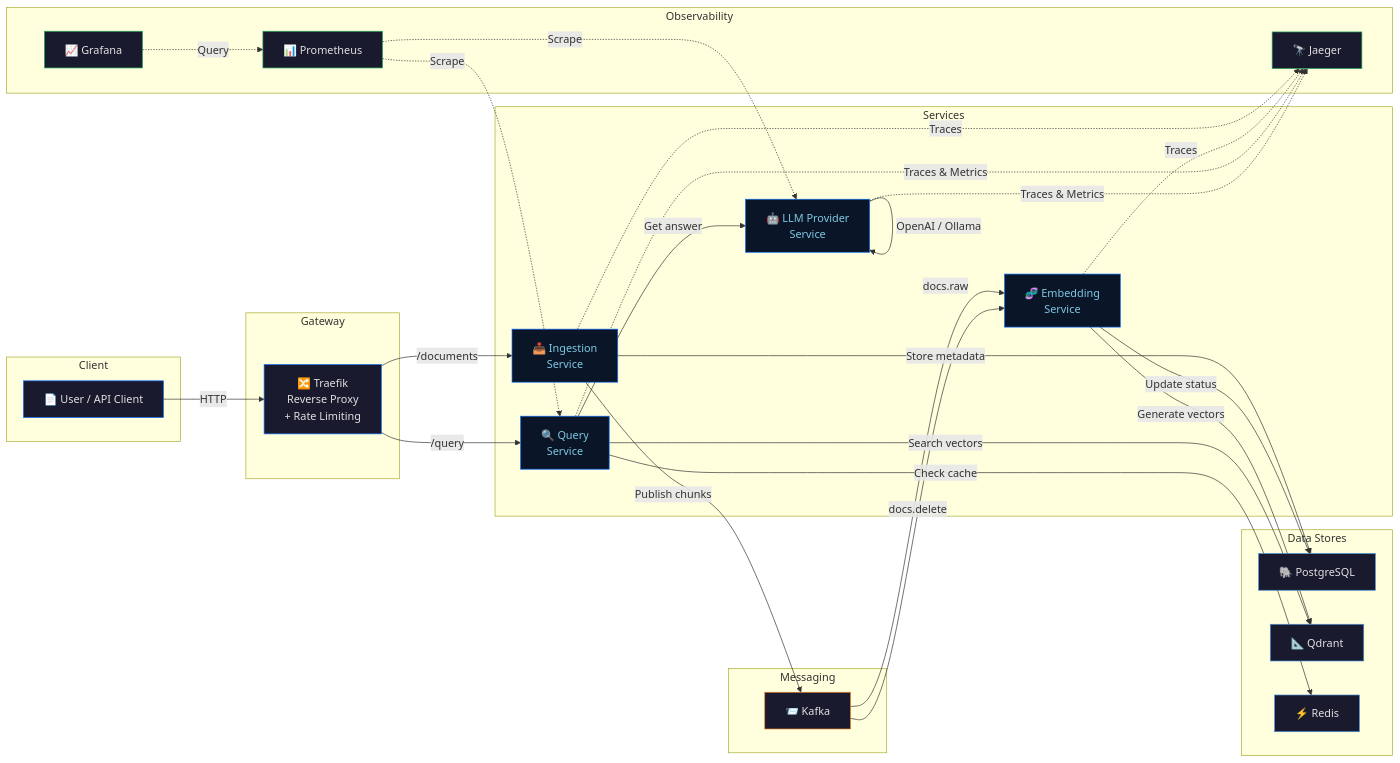
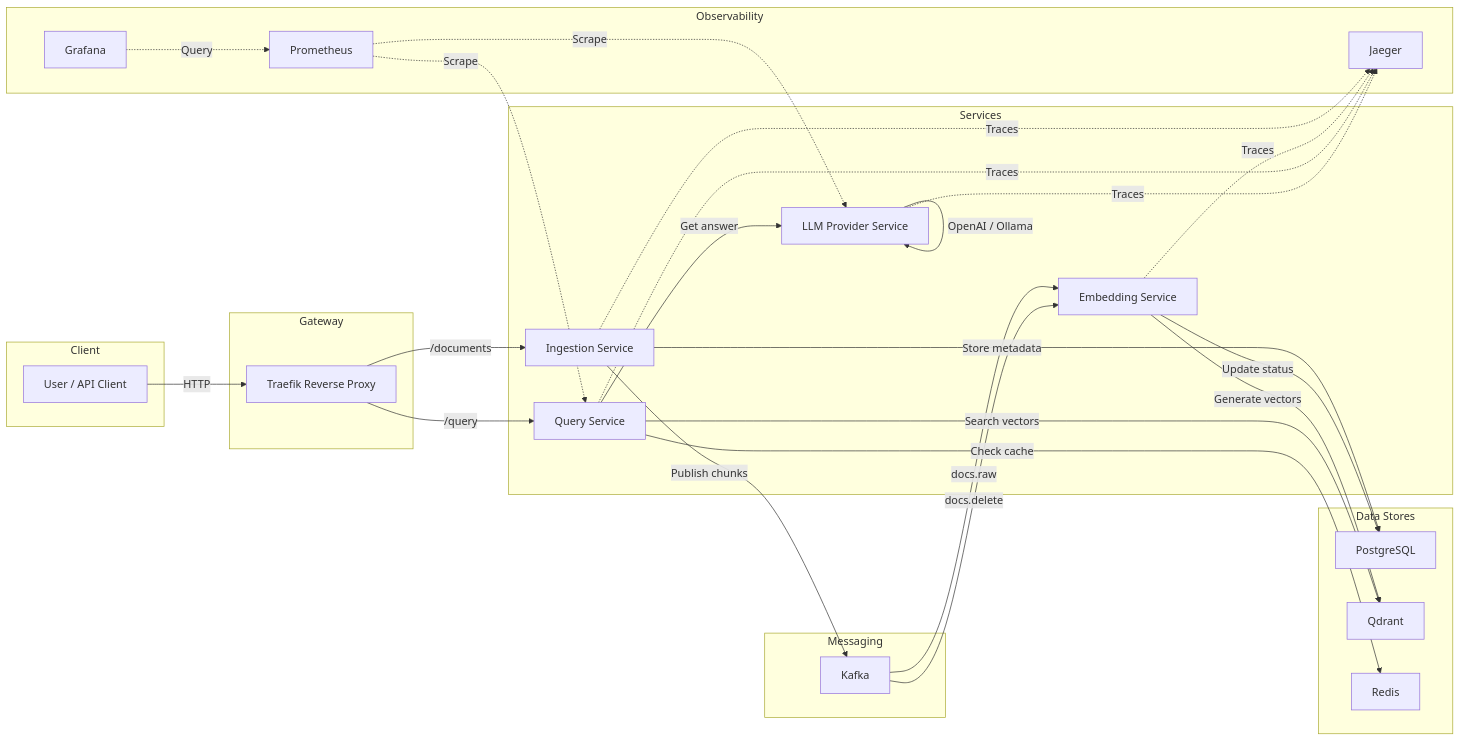
Before and after one commit to SepehrGhr/QuarkRAG: the diagram in README.md, drawn with Mermaid. The commit also changed 1 other file, not shown here.

Commit message:
docs: add MIT license and fix mermaid diagram rendering

````diff
--- a/README.md
+++ b/README.md
@@ -72,75 +72,61 @@
 ```mermaid
 flowchart LR
     subgraph Client
-        A["📄 User / API Client"]
+        A[User / API Client]
     end
 
     subgraph Gateway
-        T["🔀 Traefik\nReverse Proxy\n+ Rate Limiting"]
+        T[Traefik Reverse Proxy]
     end
 
     subgraph Services
-        I["📥 Ingestion\nService"]
-        E["🧬 Embedding\nService"]
-        L["🤖 LLM Provider\nService"]
-        Q["🔍 Query\nService"]
+        I[Ingestion Service]
+        E[Embedding Service]
+        L[LLM Provider Service]
+        Q[Query Service]
     end
 
     subgraph Data Stores
-        PG["🐘 PostgreSQL"]
-        QD["📐 Qdrant"]
-        RD["⚡ Redis"]
+        PG[PostgreSQL]
+        QD[Qdrant]
+        RD[Redis]
     end
 
     subgraph Messaging
-        K["📨 Kafka"]
+        K[Kafka]
     end
 
     subgraph Observability
-        P["📊 Prometheus"]
-        G["📈 Grafana"]
-        J["🔭 Jaeger"]
+        P[Prometheus]
+        G[Grafana]
+        J[Jaeger]
     end
 
     A -->|HTTP| T
     T -->|/documents| I
     T -->|/query| Q
 
     I -->|Store metadata| PG
     I -->|Publish chunks| K
 
     K -->|docs.raw| E
     K -->|docs.delete| E
 
     E -->|Generate vectors| QD
     E -->|Update status| PG
 
     Q -->|Search vectors| QD
     Q -->|Check cache| RD
     Q -->|Get answer| L
 
     L -->|OpenAI / Ollama| L
 
     I -.->|Traces| J
     E -.->|Traces| J
-    Q -.->|Traces & Metrics| J
-    L -.->|Traces & Metrics| J
+    Q -.->|Traces| J
+    L -.->|Traces| J
 
     P -.->|Scrape| Q
     P -.->|Scrape| L
     G -.->|Query| P
-
-    style A fill:#1a1a2e,stroke:#0d6efd,color:#e0e0e0
-    style T fill:#1a1a2e,stroke:#0d6efd,color:#e0e0e0
-    style I fill:#0a1628,stroke:#0d6efd,color:#7ec8e3
-    style E fill:#0a1628,stroke:#0d6efd,color:#7ec8e3
-    style L fill:#0a1628,stroke:#0d6efd,color:#7ec8e3
-    style Q fill:#0a1628,stroke:#0d6efd,color:#7ec8e3
-    style PG fill:#1a1a2e,stroke:#4a90d9,color:#e0e0e0
-    style QD fill:#1a1a2e,stroke:#4a90d9,color:#e0e0e0
-    style RD fill:#1a1a2e,stroke:#4a90d9,color:#e0e0e0
-    style K fill:#1a1a2e,stroke:#e67e22,color:#e0e0e0
-    style P fill:#1a1a2e,stroke:#27ae60,color:#e0e0e0
-    style G fill:#1a1a2e,stroke:#27ae60,color:#e0e0e0
-    style J fill:#1a1a2e,stroke:#27ae60,color:#e0e0e0
 ```
````
